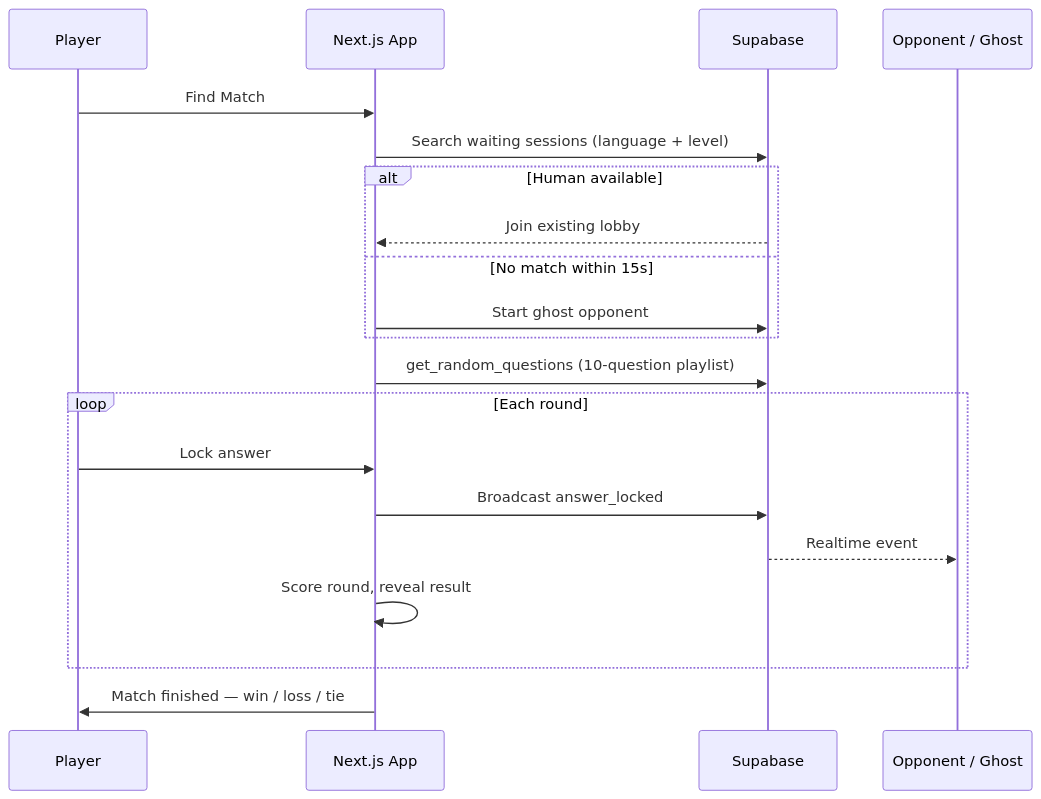
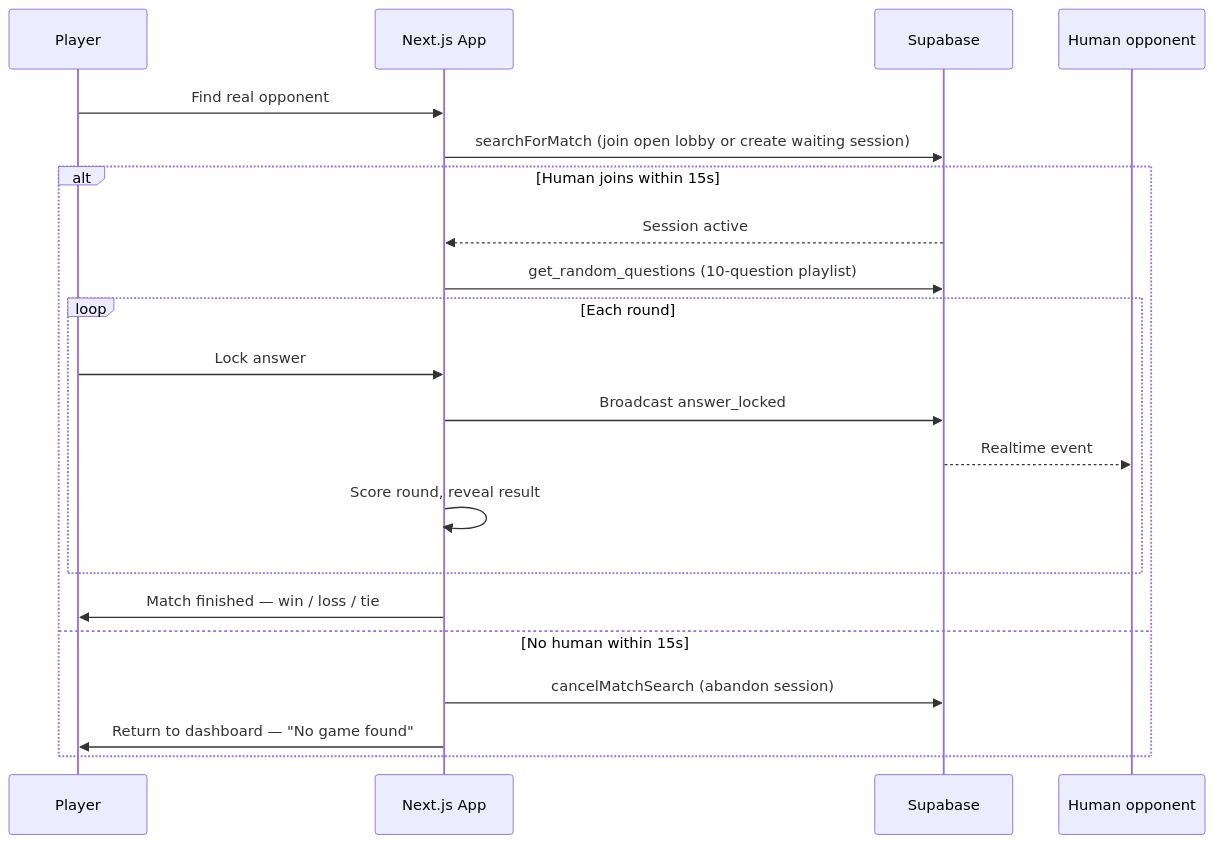
One commit to armanalis/italiarena changed the first of 2 diagrams in README.md. Above: the diagram before and after it, drawn with Mermaid. The commit also changed other lines of this file and 43 other files, not shown here.

````diff
--- a/README.md
+++ b/README.md
@@ -28,23 +33,24 @@
 ```mermaid
 sequenceDiagram
   participant P as Player
   participant App as Next.js App
   participant SB as Supabase
-  participant O as Opponent / Ghost
+  participant O as Human opponent
 
-  P->>App: Find Match
-  App->>SB: Search waiting sessions (language + level)
-  alt Human available
-    SB-->>App: Join existing lobby
-  else No match within 15s
-    App->>SB: Start ghost opponent
+  P->>App: Find real opponent
+  App->>SB: searchForMatch (join open lobby or create waiting session)
+  alt Human joins within 15s
+    SB-->>App: Session active
+    App->>SB: get_random_questions (10-question playlist)
+    loop Each round
+      P->>App: Lock answer
+      App->>SB: Broadcast answer_locked
+      SB-->>O: Realtime event
+      App->>App: Score round, reveal result
+    end
+    App->>P: Match finished — win / loss / tie
+  else No human within 15s
+    App->>SB: cancelMatchSearch (abandon session)
+    App->>P: Return to dashboard — "No game found"
   end
-  App->>SB: get_random_questions (10-question playlist)
-  loop Each round
-    P->>App: Lock answer
-    App->>SB: Broadcast answer_locked
-    SB-->>O: Realtime event
-    App->>App: Score round, reveal result
-  end
-  App->>P: Match finished — win / loss / tie
 ```
````
